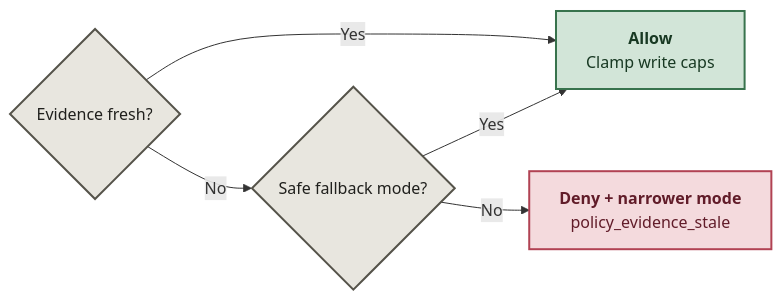
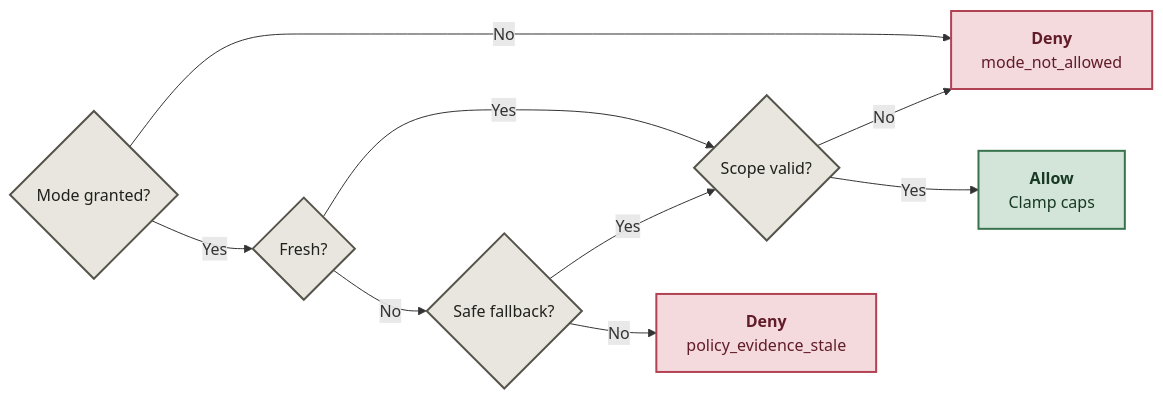
Before and after one commit to Niyam-Paneru/agent-policy-core: the second of 3 diagrams in README.md, drawn with Mermaid. The commit also changed other lines of this file, not shown here.

Commit message:
docs: compact decision diagrams for README width

````diff
--- a/README.md
+++ b/README.md
@@ -35,13 +33,17 @@
 ```mermaid
 flowchart LR
-    F{"Evidence fresh?"} -- Yes --> G["<b>Allow</b><br/>Clamp write caps"]
-    F -- No --> S{"Safe fallback mode?"}
+    M{"Mode granted?"} -- No --> N["<b>Deny</b><br/>mode_not_allowed"]
+    M -- Yes --> F{"Fresh?"}
+    F -- Yes --> G{"Scope valid?"}
+    F -- No --> S{"Safe fallback?"}
     S -- Yes --> G
-    S -- No --> I["<b>Deny + narrower mode</b><br/>policy_evidence_stale"]
+    S -- No --> I["<b>Deny</b><br/>policy_evidence_stale"]
+    G -- No --> N
+    G -- Yes --> H["<b>Allow</b><br/>Clamp caps"]
     classDef input fill:#e8e6df,stroke:#55534a,color:#20201d,stroke-width:2px;
     classDef pass fill:#d2e5d8,stroke:#38734d,color:#183923,stroke-width:2px;
     classDef stop fill:#f4dadd,stroke:#b14253,color:#611c29,stroke-width:2px;
-    class F,S input;
-    class G pass;
-    class I stop;
+    class M,F,S,G input;
+    class H pass;
+    class I,N stop;
 ```
````
